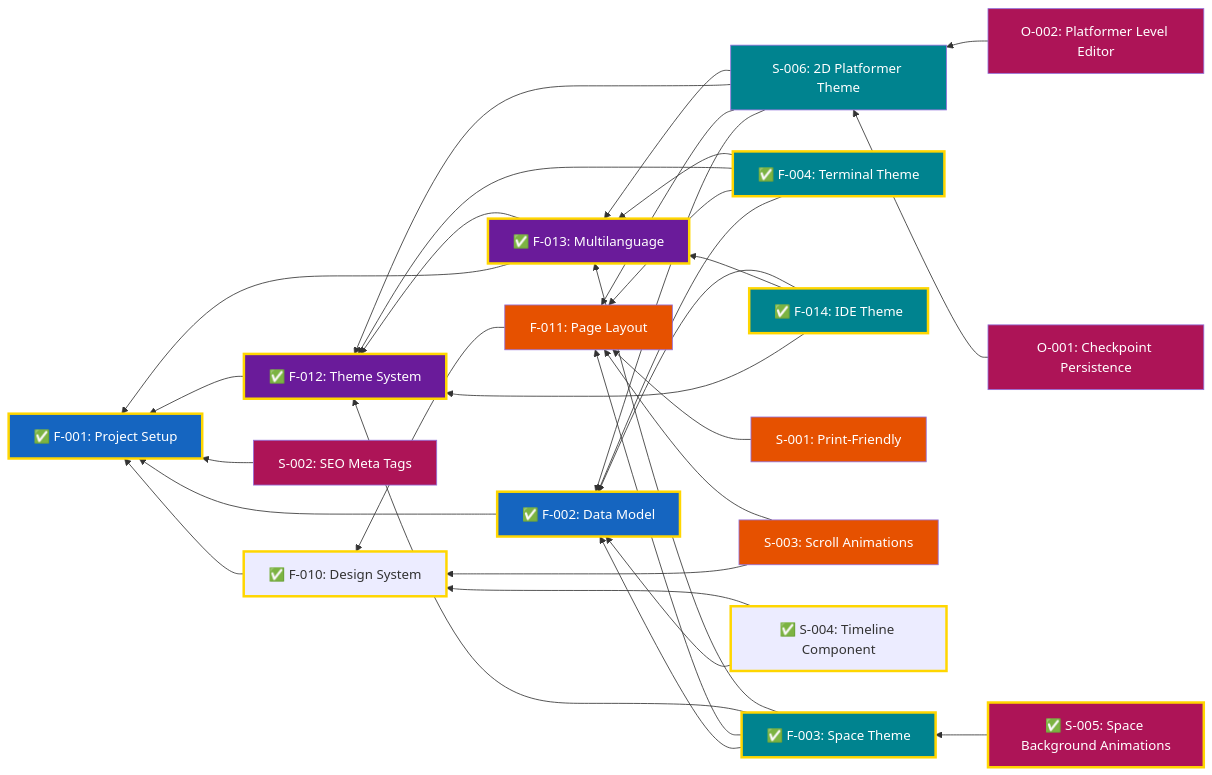
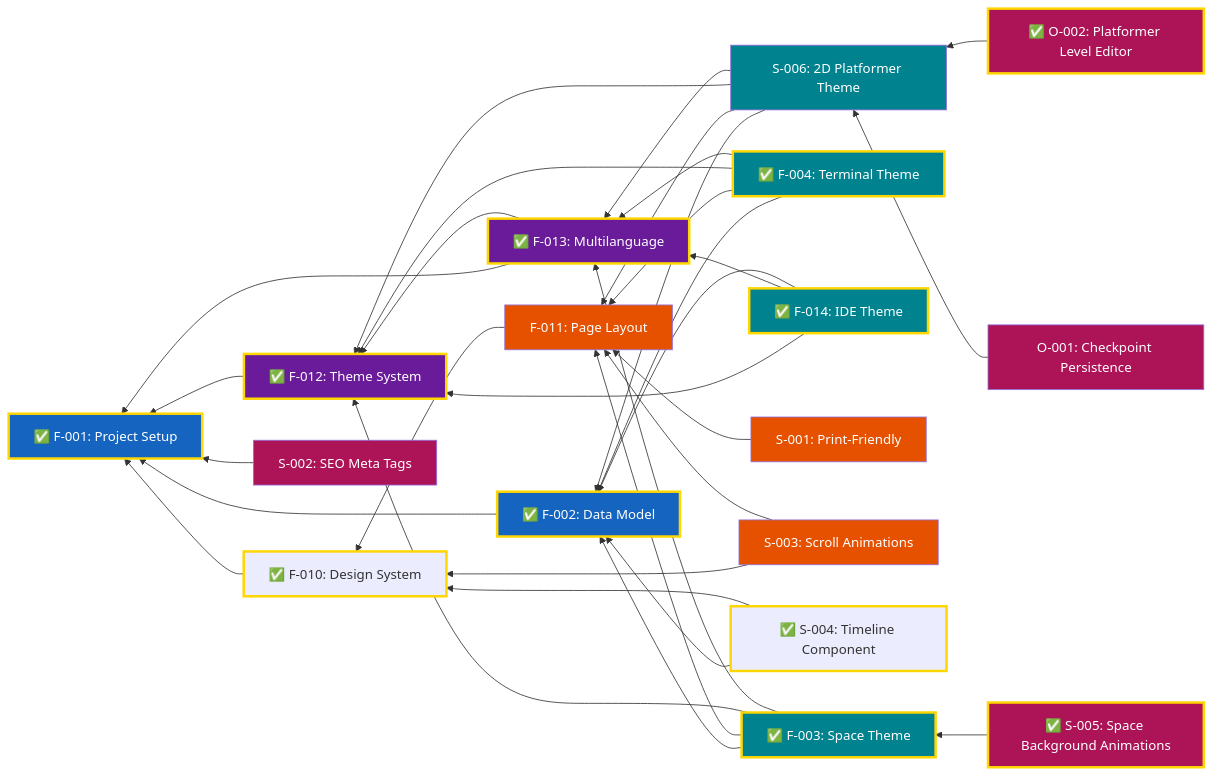
The diagram in docs/Features.md (garcipat/cv-website), drawn with Mermaid before and after one commit. The commit also changed other lines of this file, not shown here.

First line of the commit message:
docs: mark O-002 (Platformer Level Editor) done in Features.md

````diff
--- a/docs/Features.md
+++ b/docs/Features.md
@@ -76,74 +76,75 @@
 ```mermaid
 graph RL
     F001["✅ F-001: Project Setup"]
     F002["✅ F-002: Data Model"]
     F003["✅ F-003: Space Theme"]
     F004["✅ F-004: Terminal Theme"]
     F010["✅ F-010: Design System"]
     F011["F-011: Page Layout"]
     F012["✅ F-012: Theme System"]
     F013["✅ F-013: Multilanguage"]
     F014["✅ F-014: IDE Theme"]
     S001["S-001: Print-Friendly"]
     S002["S-002: SEO Meta Tags"]
     S003["S-003: Scroll Animations"]
     S004["✅ S-004: Timeline Component"]
     S005["✅ S-005: Space Background Animations"]
     S006["S-006: 2D Platformer Theme"]
     O001["O-001: Checkpoint Persistence"]
-    O002["O-002: Platformer Level Editor"]
+    O002["✅ O-002: Platformer Level Editor"]
 
     F003 --> F002
     F003 --> F011
     F003 --> F012
     F003 --> F013
     F004 --> F002
     F004 --> F011
     F004 --> F012
     F004 --> F013
     F002 --> F001
     F010 --> F001
     F011 --> F010
     F012 --> F001
     F013 --> F001
     F013 --> F012
     F014 --> F012
     F014 --> F013
     F014 --> F002
     S001 --> F011
     S002 --> F001
     S003 --> F010
     S003 --> F011
     S004 --> F002
     S004 --> F010
     S005 --> F003
     S006 --> F002
     S006 --> F011
     S006 --> F012
     S006 --> F013
     O001 --> S006
     O002 --> S006
 
     classDef done stroke:#FFD600,stroke-width:3px
     classDef projectSetup fill:#1565C0,color:#ffffff
     classDef layoutNavigation fill:#E65100,color:#ffffff
     classDef themeInfrastructure fill:#6A1B9A,color:#ffffff
     classDef themes fill:#00838F,color:#ffffff
     classDef enhancements fill:#AD1457,color:#ffffff
 
     class F001 done
     class F002 done
     class F001,F002 projectSetup
     class F010 done
     class F012 done
     class F013 done
     class F003 done
     class F004 done
     class F003,F004,F014,S006 themes
     class F011,S001,S003 layoutNavigation
     class F012,F013 themeInfrastructure
     class F014 done
     class S004 done
     class S002,S005,O001,O002 enhancements
     class S005 done
+    class O002 done
 ```
````
